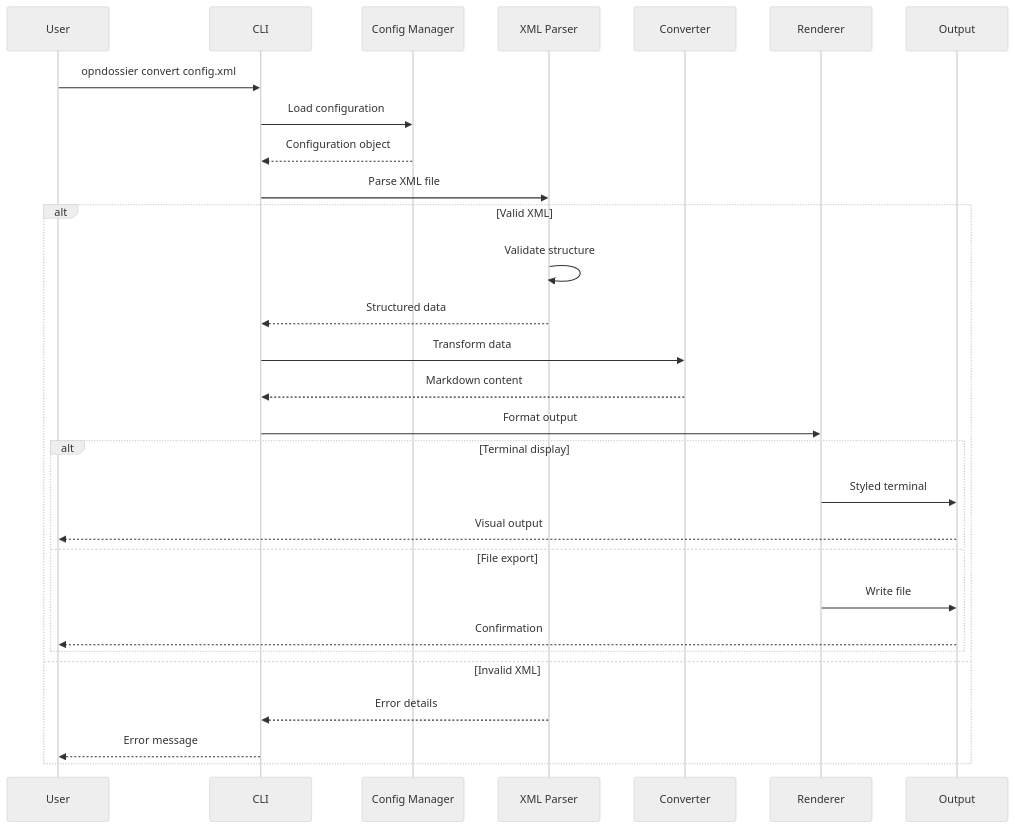
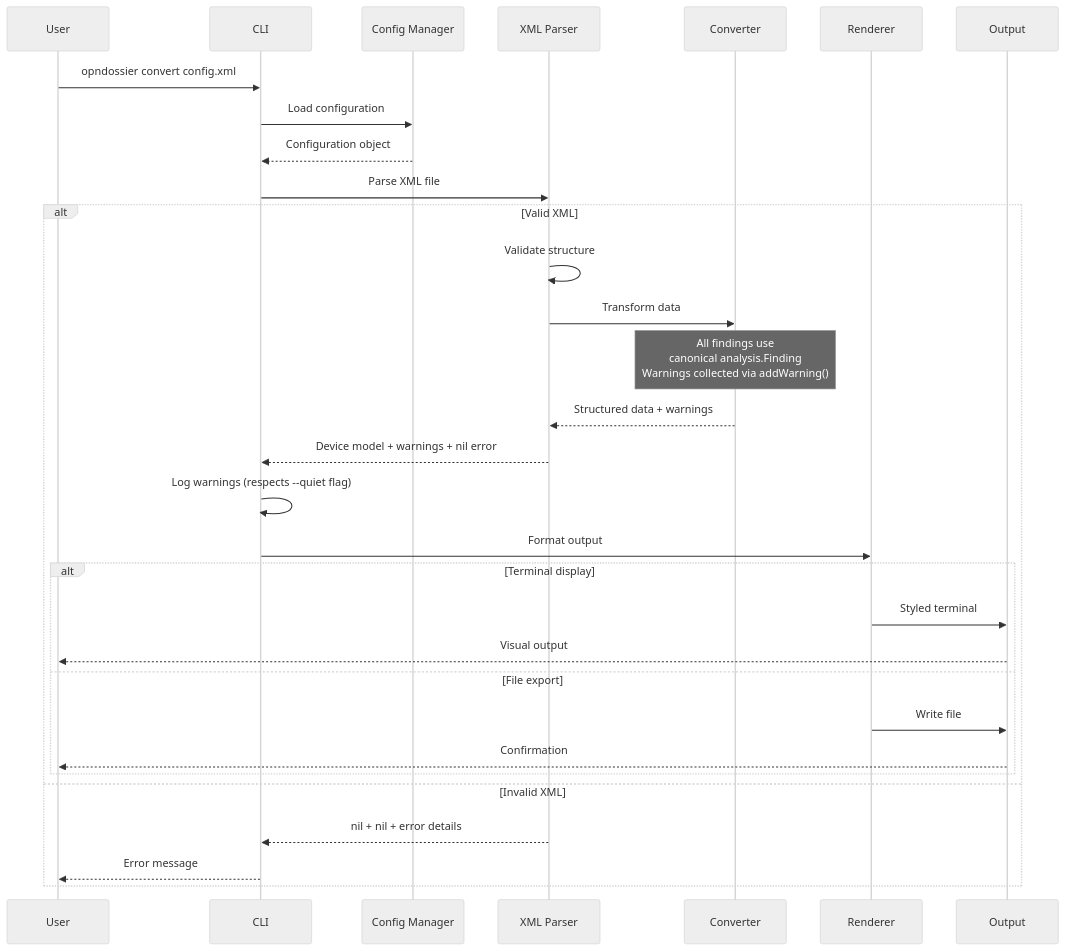
The third of 11 diagrams in docs/development/architecture.md (EvilBit-Labs/opnDossier), drawn with Mermaid (neutral theme) before and after one commit. The commit also changed other lines of this file and 26 other files, not shown here.

First line of the commit message:
feat(converter): add non-fatal conversion warnings to OPNsense converter pipeline (#394)

````diff
--- a/docs/development/architecture.md
+++ b/docs/development/architecture.md
@@ -185,34 +198,36 @@
 ```mermaid
 sequenceDiagram
     participant User
     participant CLI
     participant ConfigMgr as Config Manager
     participant Parser as XML Parser
     participant Converter
     participant Renderer
     participant Output
 
     User->>CLI: opndossier convert config.xml
     CLI->>ConfigMgr: Load configuration
     ConfigMgr-->>CLI: Configuration object
     CLI->>Parser: Parse XML file
 
     alt Valid XML
         Parser->>Parser: Validate structure
-        Parser-->>CLI: Structured data
-        CLI->>Converter: Transform data
-        Converter-->>CLI: Markdown content
+        Parser->>Converter: Transform data
+        Note over Converter: All findings use<br/>canonical analysis.Finding<br/>Warnings collected via addWarning()
+        Converter-->>Parser: Structured data + warnings
+        Parser-->>CLI: Device model + warnings + nil error
+        CLI->>CLI: Log warnings (respects --quiet flag)
         CLI->>Renderer: Format output
 
         alt Terminal display
             Renderer->>Output: Styled terminal
             Output-->>User: Visual output
         else File export
             Renderer->>Output: Write file
             Output-->>User: Confirmation
         end
     else Invalid XML
-        Parser-->>CLI: Error details
+        Parser-->>CLI: nil + nil + error details
         CLI-->>User: Error message
     end
 ```
````
